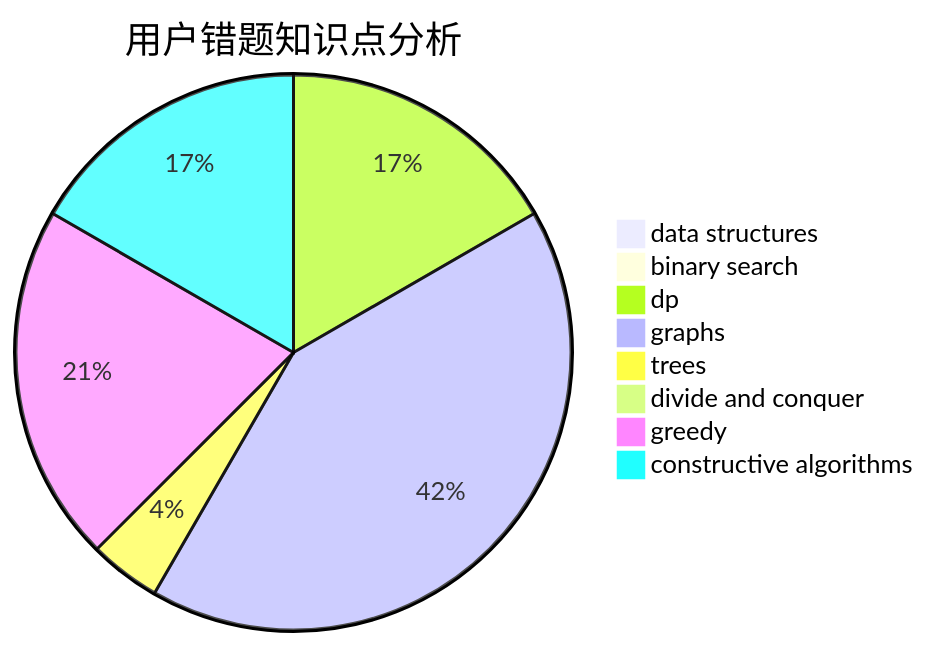
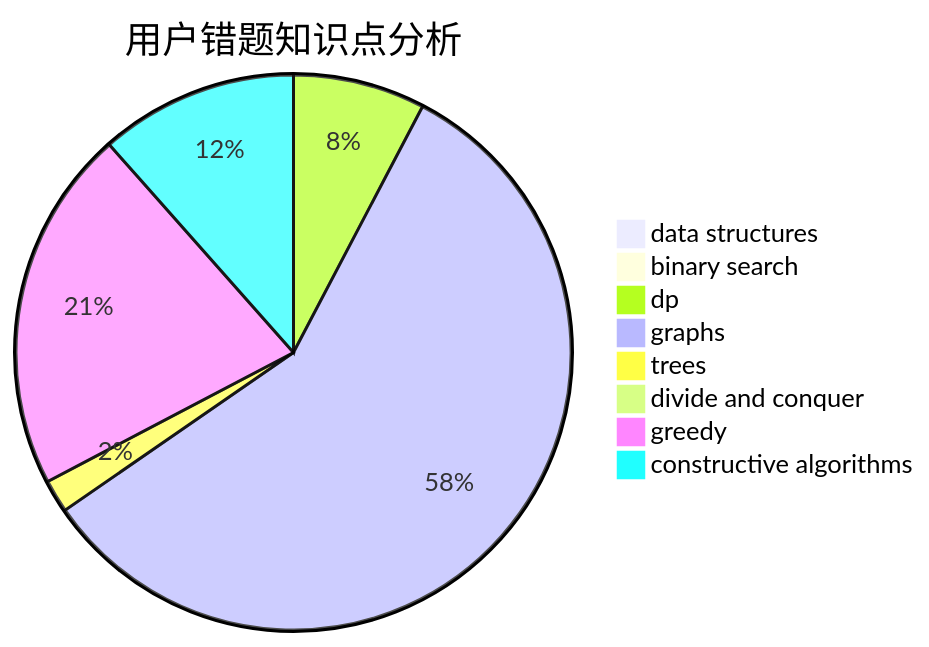
The third of 3 diagrams in docs/user/u1996.md (sherpahu/cfrs.github.io), drawn with Mermaid before and after one commit. The commit also changed other lines of this file and 2770 other files, not shown here.

````diff
--- a/docs/user/u1996.md
+++ b/docs/user/u1996.md
@@ -36,11 +36,11 @@
 ```mermaid
 pie title 用户错题知识点分析
     "data structures" :  0
     "binary search" :  0
     "dp" :  4
-    "graphs" :  10
+    "graphs" :  30
     "trees" :  1
     "divide and conquer" :  0
-    "greedy" :  5
-    "constructive algorithms" :  4
+    "greedy" :  11
+    "constructive algorithms" :  6
 ```
````
